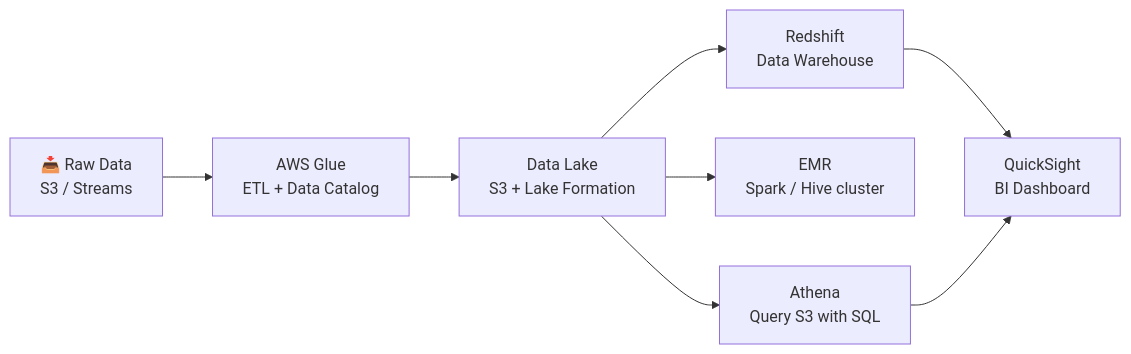
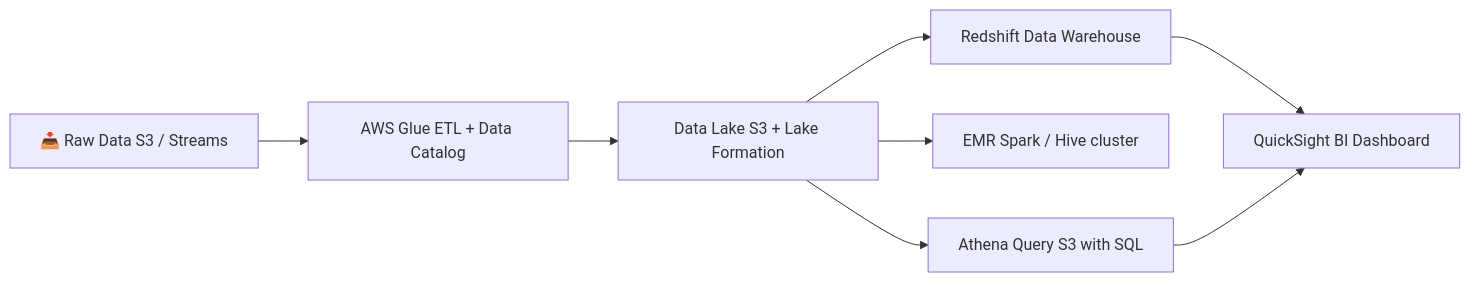
Before and after one commit to naveenkumar1661997/notes: the third of 3 diagrams in aws.md, drawn with Mermaid. The commit also changed other lines of this file and 12 other files, not shown here.

```diff
--- a/aws.md
+++ b/aws.md
@@ -266,10 +139,10 @@
 <pre class="mermaid">
 flowchart LR
-    RAW["📥 Raw Data\nS3 / Streams"] --> GLUE["AWS Glue\nETL + Data Catalog"]
-    GLUE --> DL["Data Lake\nS3 + Lake Formation"]
-    DL --> ATH["Athena\nQuery S3 with SQL"]
-    DL --> EMR["EMR\nSpark / Hive cluster"]
-    DL --> RS["Redshift\nData Warehouse"]
-    RS --> QS["QuickSight\nBI Dashboard"]
+    RAW["📥 Raw Data S3 / Streams"] --> GLUE["AWS Glue ETL + Data Catalog"]
+    GLUE --> DL["Data Lake S3 + Lake Formation"]
+    DL --> ATH["Athena Query S3 with SQL"]
+    DL --> EMR["EMR Spark / Hive cluster"]
+    DL --> RS["Redshift Data Warehouse"]
+    RS --> QS["QuickSight BI Dashboard"]
     ATH --> QS
 </pre>
```
